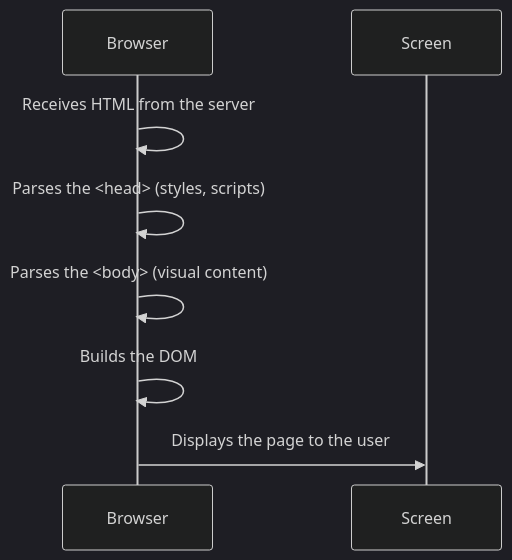
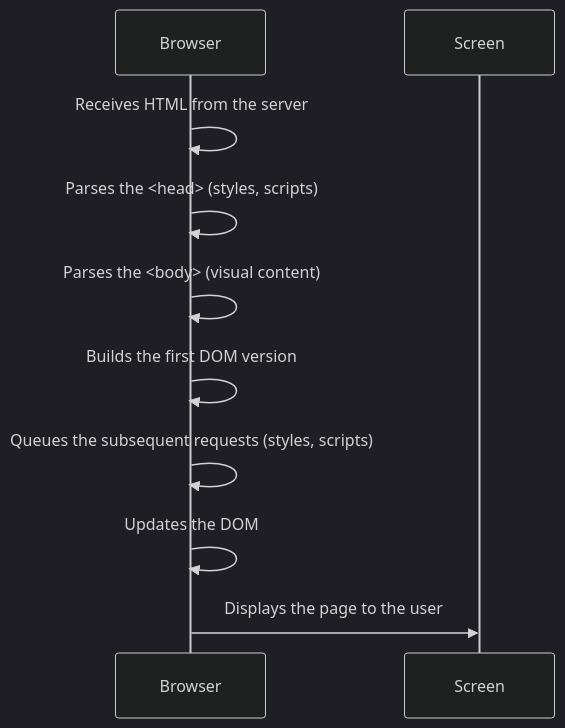
Before and after one commit to breatheco-de/mastering-web-dynamics-from-HTTP-to-real-time: the diagram in lessons/parsing-the-html.md, drawn with Mermaid (dark theme). The commit also changed other lines of this file, not shown here.

````diff
--- a/lessons/parsing-the-html.md
+++ b/lessons/parsing-the-html.md
@@ -63,10 +65,12 @@
 ```mermaid
 sequenceDiagram
         participant Browser
 
         Browser->>Browser: Receives HTML from the server
         Browser->>Browser: Parses the <head> (styles, scripts)
         Browser->>Browser: Parses the <body> (visual content)
-        Browser->>Browser: Builds the DOM
+        Browser->>Browser: Builds the first DOM version
+        Browser->>Browser: Queues the subsequent requests (styles, scripts)
+        Browser->>Browser: Updates the DOM
         Browser->>Screen: Displays the page to the user
 ```
````
